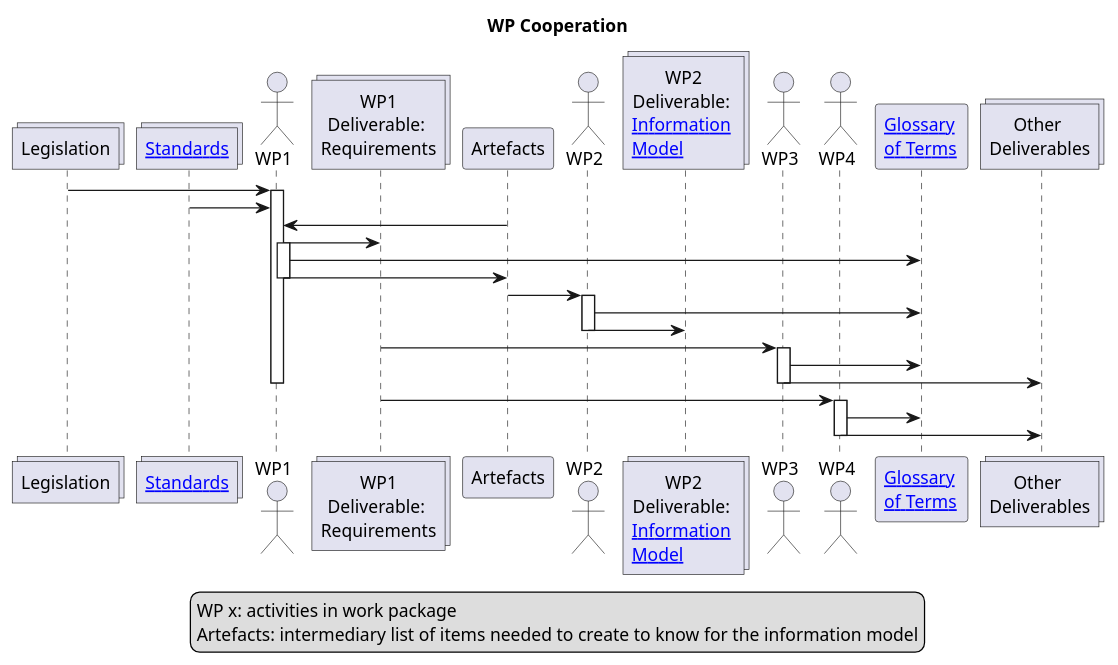
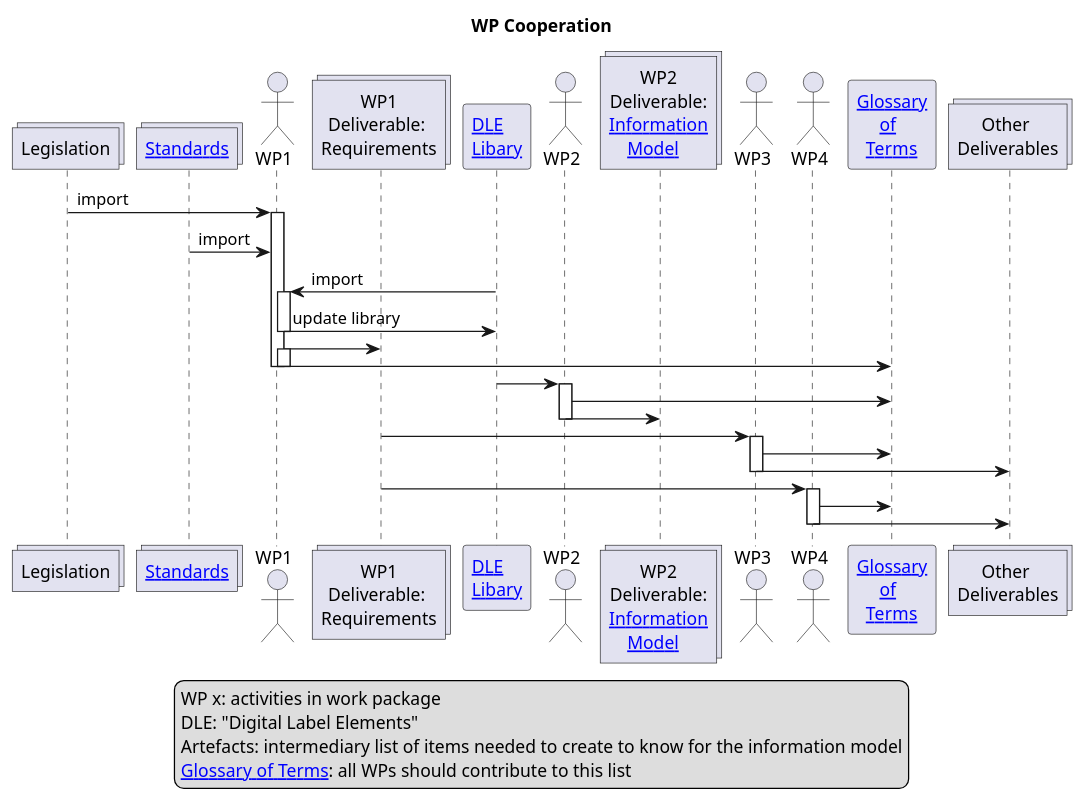
Before and after one commit to hl7-eu/medtechlabel-wp2-im: the diagram in input/images-source/cooperation.plantuml, drawn with PlantUML. The commit also changed 15 other files, not shown here.

```diff
--- a/input/images-source/cooperation.plantuml
+++ b/input/images-source/cooperation.plantuml
@@ -1,52 +1,56 @@
 @startuml
 
 'skinparam svgDimensionStyle false
 
 Title "WP Cooperation"
 
 collections "Legislation" as l
 collections "[[index.html Standards]]" as s
 
 actor "WP1" as wp1
 collections "WP1\nDeliverable: \nRequirements" as r
-participant "Artefacts" as s2
+participant "[[CodeSystem-DigitalLabelElement.html DLE\nLibary]]" as s2
 actor "WP2" as wp2
-collections "WP2\nDeliverable: \n[[informationmodel.html Information \nModel]]" as s3
+collections "WP2\nDeliverable:\n[[informationmodel.html Information\n    Model]]" as s3
 actor "WP3" as wp3
 actor "WP4" as wp4
-participant "[[glossary.html Glossary \nof Terms]]" as g
+participant "[[glossary.html Glossary\n     of\n  Terms]]" as g
 collections "Other \nDeliverables" as r2
 
-l -> wp1
+l -> wp1 : import
 activate wp1
-s -> wp1
-s2 -> wp1
+s -> wp1 : import
+s2 -> wp1 : import
+activate wp1
+wp1 -> s2 : update library
+deactivate wp1
 
 wp1 -> r
 activate wp1
 wp1 -> g
-wp1 -> s2
+deactivate wp1
 deactivate wp1
 s2 -> wp2
 activate wp2
 wp2 -> g
 wp2 -> s3
 deactivate wp2
 r -> wp3
 activate wp3
 wp3 -> g
 wp3 -> r2
 deactivate wp3
-deactivate wp1
 r -> wp4
 activate wp4
 wp4 -> g
 wp4 -> r2
 deactivate wp4
 
 legend
 WP x: activities in work package
+DLE: "Digital Label Elements"
 Artefacts: intermediary list of items needed to create to know for the information model
+[[glossary.html Glossary of Terms]]: all WPs should contribute to this list
 end legend
 
 @enduml
```
